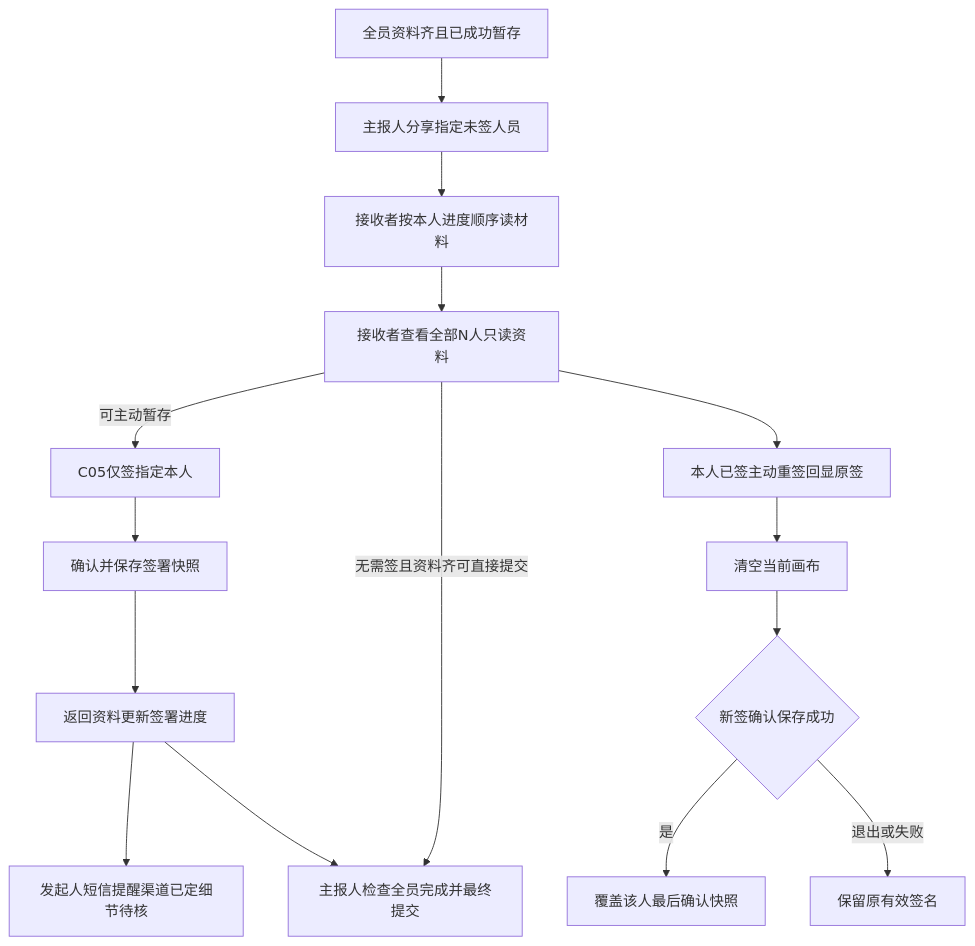
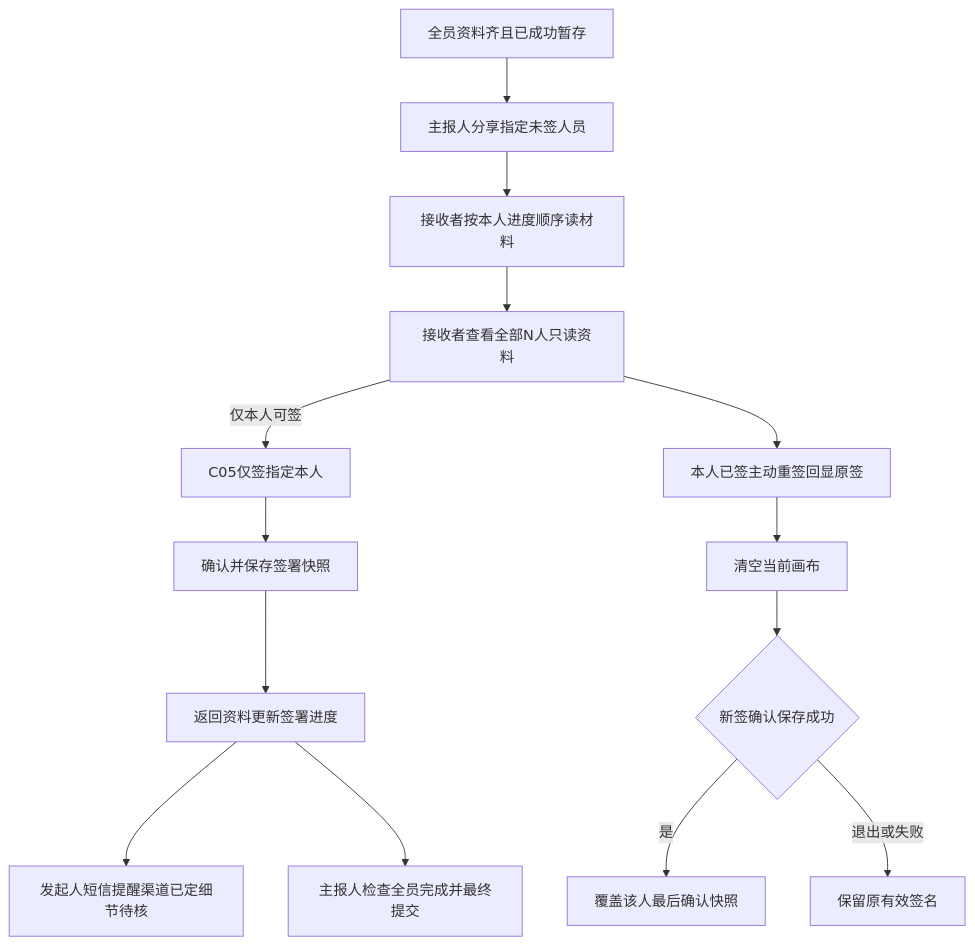
One commit to susantung/yanuoda changed the third of 8 diagrams in dev-test-versions/2026-event-registration-20261110/方案与需求/2026-event-registration-20261110/02-全程流程图.md. Above: the diagram before and after it, drawn with Mermaid. The commit also changed other lines of this file and 19 other files, not shown here.

Commit message:
Unify event documentation menus and update confirmed registration flows

````diff
--- a/dev-test-versions/2026-event-registration-20261110/方案与需求/2026-event-registration-20261110/02-全程流程图.md
+++ b/dev-test-versions/2026-event-registration-20261110/方案与需求/2026-event-registration-20261110/02-全程流程图.md
@@ -94,31 +101,30 @@
 ```mermaid
 flowchart TD
  A[全员资料齐且已成功暂存]
  B[主报人分享指定未签人员]
  C[接收者按本人进度顺序读材料]
  D[接收者查看全部N人只读资料]
  E[C05仅签指定本人]
  F[确认并保存签署快照]
  G[返回资料更新签署进度]
  H[发起人短信提醒渠道已定细节待核]
  I[主报人检查全员完成并最终提交]
  J[本人已签主动重签回显原签]
  K[清空当前画布]
  L{新签确认保存成功}
  M[覆盖该人最后确认快照]
  N[保留原有效签名]
  A --> B
  B --> C
  C --> D
- D -->|可主动暂存| E
- D -->|无需签且资料齐可直接提交| I
+ D -->|仅本人可签| E
  E --> F
  F --> G
  G --> H
  G --> I
  D --> J
  J --> K
  K --> L
  L -->|是| M
  L -->|退出或失败| N
 ```
````
